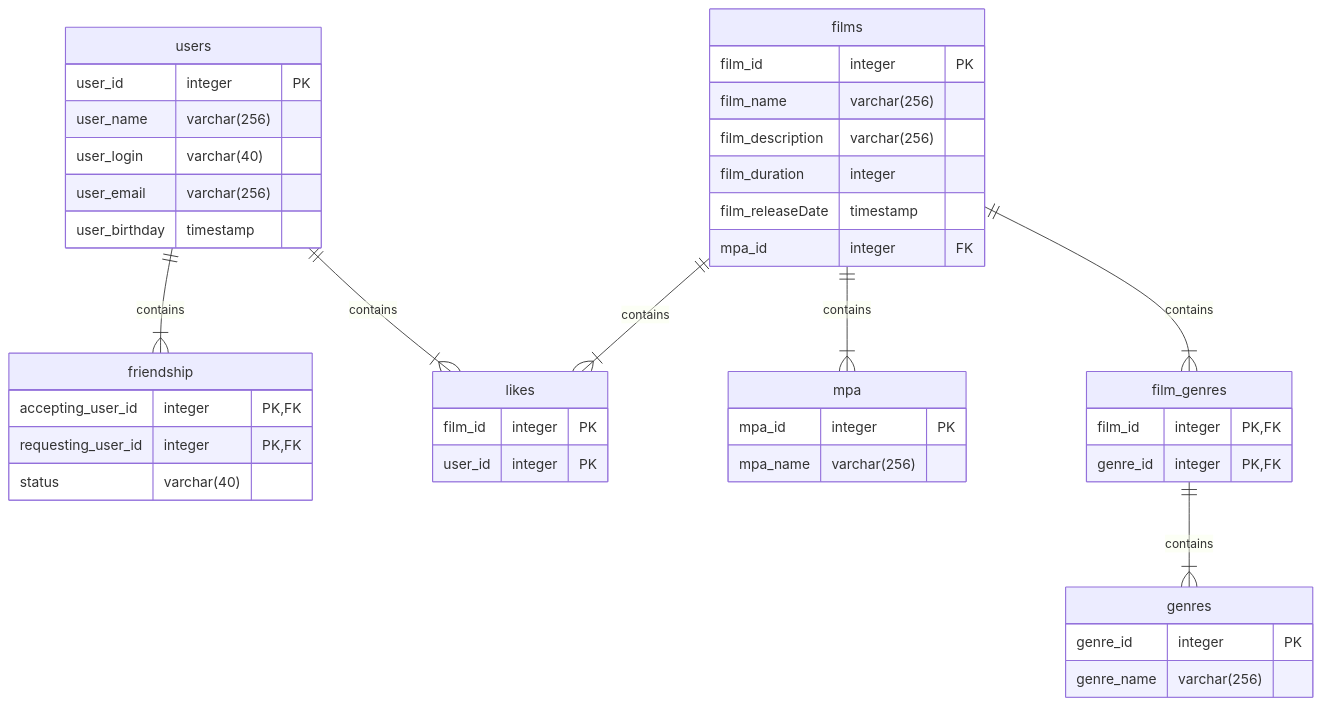
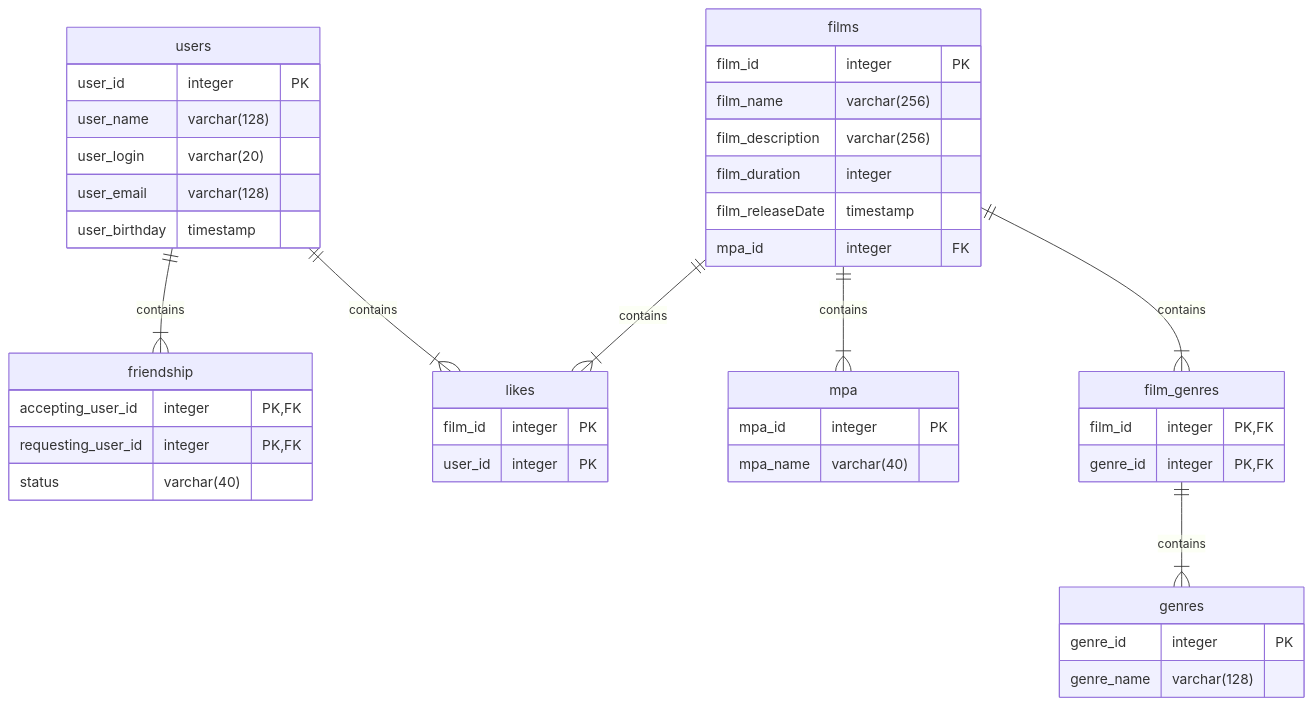
Before and after one commit to Omorlan/java-filmorate: the diagram in README.md, drawn with Mermaid. The commit also changed 5 other files, not shown here.

````diff
--- a/README.md
+++ b/README.md
@@ -3,51 +3,51 @@
 ```mermaid
 erDiagram
    
     users {
         user_id integer PK
-        user_name varchar(256)
-        user_login varchar(40)
-        user_email varchar(256)
+        user_name varchar(128)
+        user_login varchar(20)
+        user_email varchar(128)
         user_birthday timestamp
     }
 
     films {
         film_id integer PK
         film_name varchar(256)
         film_description varchar(256)
         film_duration integer
         film_releaseDate timestamp
         mpa_id integer FK
     }
     friendship {
         accepting_user_id integer PK, FK
         requesting_user_id integer PK, FK
         status varchar(40)
     }
     likes {
         film_id integer PK
         user_id integer PK
     }
 
     genres {
         genre_id integer PK
-        genre_name varchar(256)
+        genre_name varchar(128)
     }
 
     mpa {
         mpa_id integer PK
-        mpa_name varchar(256)
+        mpa_name varchar(40)
     }
 
     film_genres {
         film_id integer PK, FK
         genre_id integer PK, FK
     }
 
     users ||--|{ likes: contains
     films ||--|{ likes: contains
     users ||--|{ friendship: contains
     films ||--|{ film_genres: contains
     film_genres ||--|{ genres: contains
     films ||--|{ mpa: contains
 ```
````
